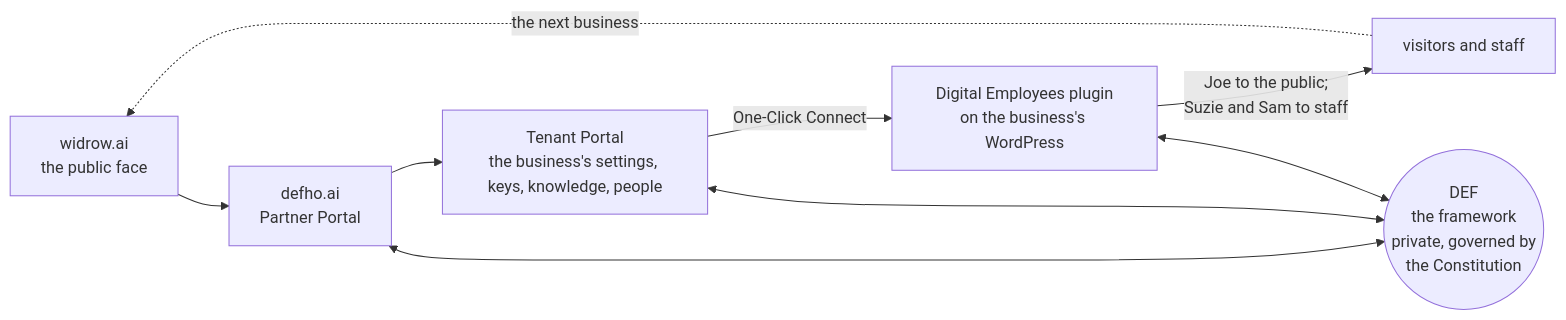
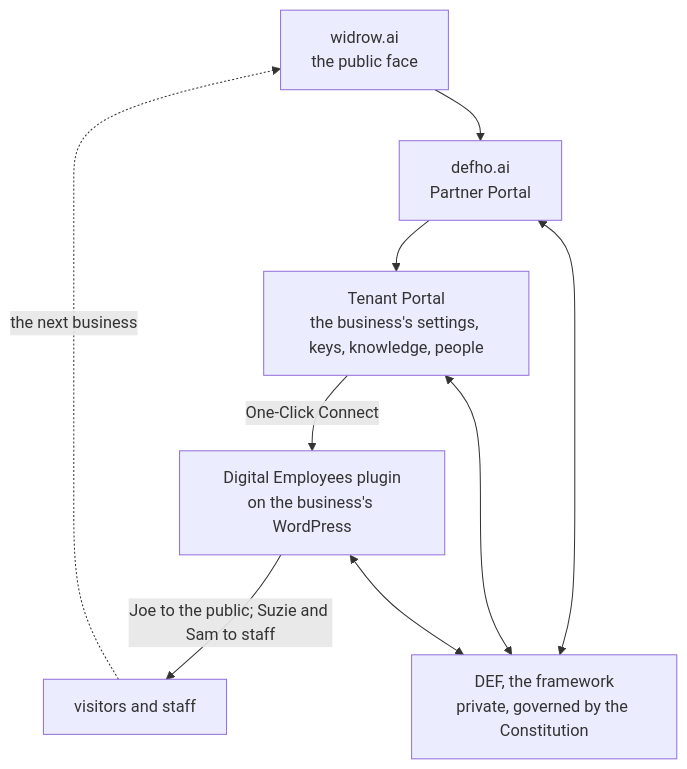
The diagram in README.md (a3rev-ai/def-core), drawn with Mermaid before and after one commit.

Commit message:
docs(readme): the four-surfaces diagram laid out top-down, DEF as a box (#376)
GitHub's Mermaid toolbar sits in the diagram's right-hand corners and covered
the two rightmost nodes of the left-to-right layout; the double-circle for DEF
also clipped its own label. Top-down leaves the corners empty and a box holds
the text. README only.

Claude-Session: https://claude.ai/code/session_01GTwznGjjNqc2xx9BrckBWV

````diff
--- a/README.md
+++ b/README.md
@@ -116,12 +116,12 @@
 ```mermaid
-flowchart LR
+flowchart TD
     W["widrow.ai<br/>the public face"] --> P["defho.ai<br/>Partner Portal"]
     P --> T["Tenant Portal<br/>the business's settings, keys, knowledge, people"]
     T -- "One-Click Connect" --> C["Digital Employees plugin<br/>on the business's WordPress"]
-    C -- "Joe to the public;<br/>Suzie and Sam to staff" --> V["visitors and staff"]
+    C -- "Joe to the public; Suzie and Sam to staff" --> V["visitors and staff"]
     V -. "the next business" .-> W
-    D(("DEF<br/>the framework<br/>private, governed by<br/>the Constitution"))
+    D["DEF, the framework<br/>private, governed by the Constitution"]
     P <--> D
     T <--> D
     C <--> D
 ```
````
